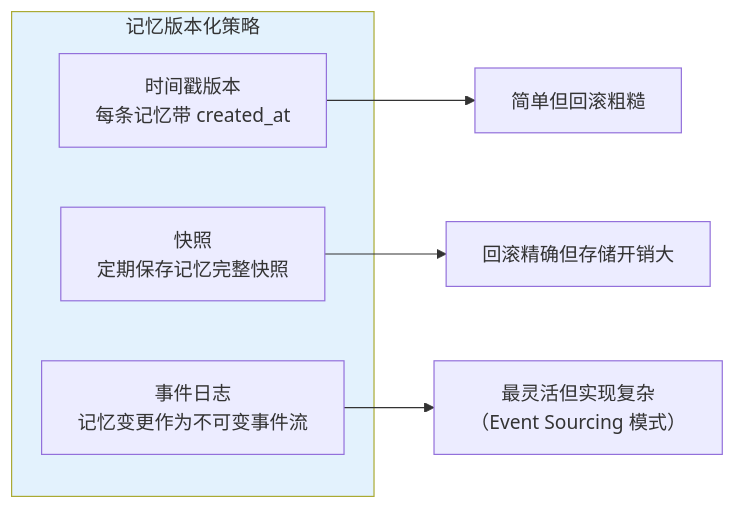
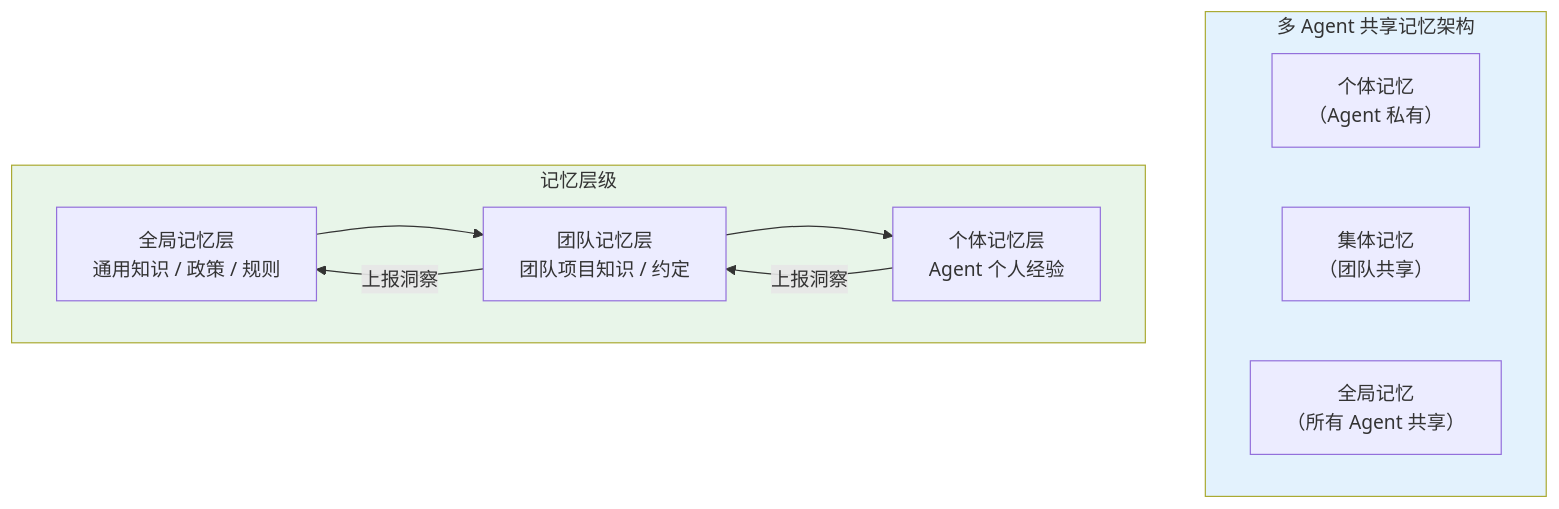
Diagram 15 of 20 in docs/前沿/05-Agent记忆前沿.md (UranusGit/java-agent-learn), drawn with Mermaid before and after one commit. The commit also changed other lines of this file and 15 other files, not shown here.

````diff
--- a/docs/前沿/05-Agent记忆前沿.md
+++ b/docs/前沿/05-Agent记忆前沿.md
@@ -274,14 +610,21 @@
 ```mermaid
-graph LR
-    subgraph 版本化记忆["记忆版本化策略"]
-        V1["时间戳版本<br/>每条记忆带 created_at"]
-        V2["快照<br/>定期保存记忆完整快照"]
-        V3["事件日志<br/>记忆变更作为不可变事件流"]
+graph TB
+    subgraph 集体记忆["多 Agent 共享记忆架构"]
+        INDIVIDUAL["个体记忆<br/>（Agent 私有）"]
+        COLLECTIVE["集体记忆<br/>（团队共享）"]
+        GLOBAL["全局记忆<br/>（所有 Agent 共享）"]
     end
 
-    V1 --> A1["简单但回滚粗糙"]
-    V2 --> A2["回滚精确但存储开销大"]
-    V3 --> A3["最灵活但实现复杂<br/>（Event Sourcing 模式）"]
+    subgraph 层级["记忆层级"]
+        L1["全局记忆层<br/>通用知识 / 政策 / 规则"]
+        L2["团队记忆层<br/>团队项目知识 / 约定"]
+        L3["个体记忆层<br/>Agent 个人经验"]
+    end
 
-    style 版本化记忆 fill:#e3f2fd
+    L1 --> L2 --> L3
+    L3 -->|"上报洞察"| L2
+    L2 -->|"上报洞察"| L1
+
+    style 集体记忆 fill:#e3f2fd
+    style 层级 fill:#e8f5e9
 ```
````
